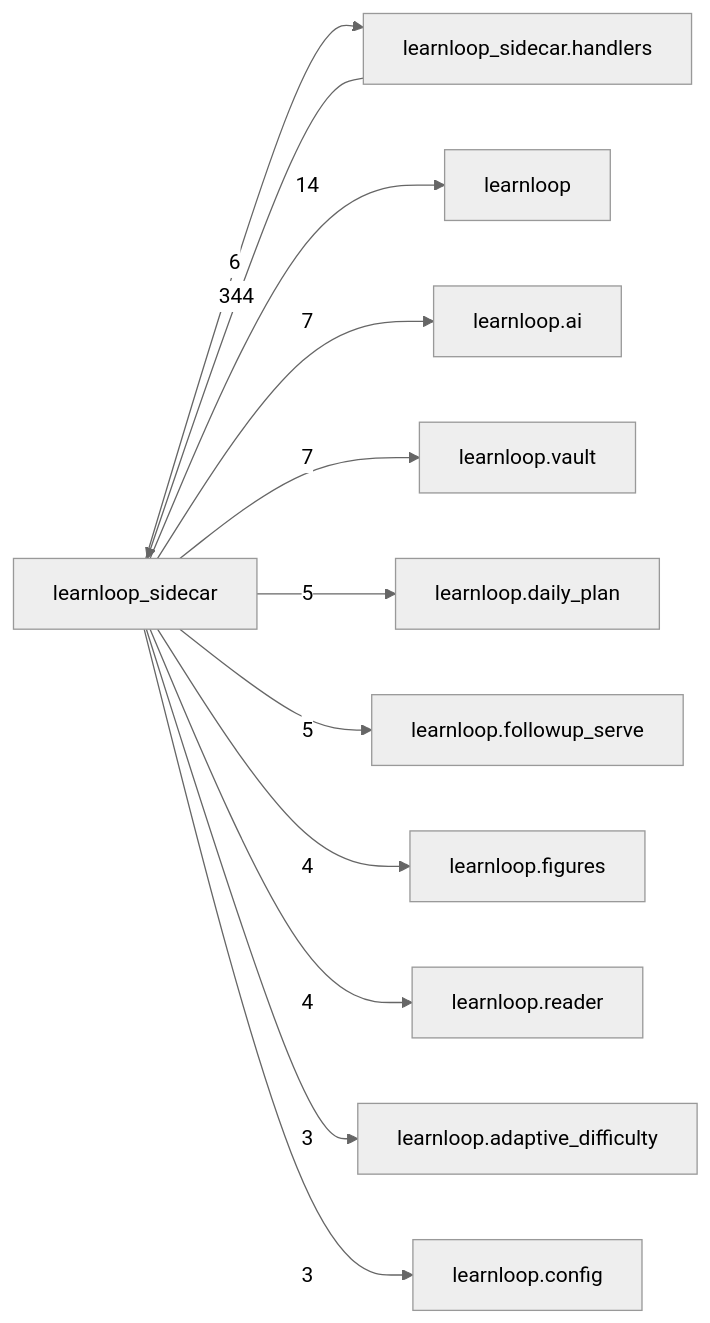
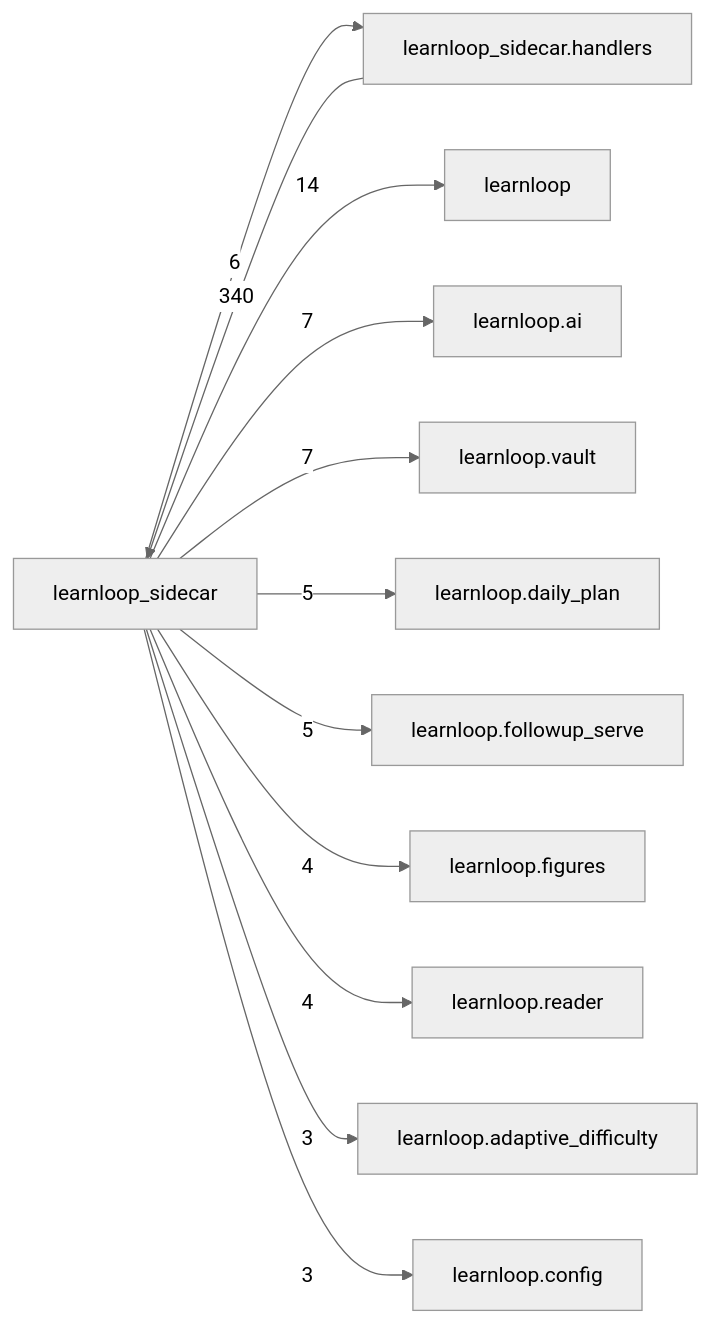
Before and after one commit to 6up-b/learnanything: the diagram in docs/learnloop-architecture-vault/Reference/Modules/learnloop_sidecar/_package.md, drawn with Mermaid (neutral theme). The commit also changed other lines of this file and 93 other files, not shown here.

````diff
--- a/docs/learnloop-architecture-vault/Reference/Modules/learnloop_sidecar/_package.md
+++ b/docs/learnloop-architecture-vault/Reference/Modules/learnloop_sidecar/_package.md
@@ -126,25 +126,25 @@
 ```mermaid
 flowchart LR
     center["learnloop_sidecar"]
     n_learnloop_sidecar_handlers["learnloop_sidecar.handlers"]
     n_learnloop["learnloop"]
     n_learnloop_ai["learnloop.ai"]
     n_learnloop_vault["learnloop.vault"]
     n_learnloop_daily_plan["learnloop.daily_plan"]
     n_learnloop_followup_serve["learnloop.followup_serve"]
     n_learnloop_figures["learnloop.figures"]
     n_learnloop_reader["learnloop.reader"]
     n_learnloop_adaptive_difficulty["learnloop.adaptive_difficulty"]
     n_learnloop_config["learnloop.config"]
-    n_learnloop_sidecar_handlers -->|344| center
+    n_learnloop_sidecar_handlers -->|340| center
     center -->|6| n_learnloop_sidecar_handlers
     center -->|14| n_learnloop
     center -->|7| n_learnloop_ai
     center -->|7| n_learnloop_vault
     center -->|5| n_learnloop_daily_plan
     center -->|5| n_learnloop_followup_serve
     center -->|4| n_learnloop_figures
     center -->|4| n_learnloop_reader
     center -->|3| n_learnloop_adaptive_difficulty
     center -->|3| n_learnloop_config
 ```
````
